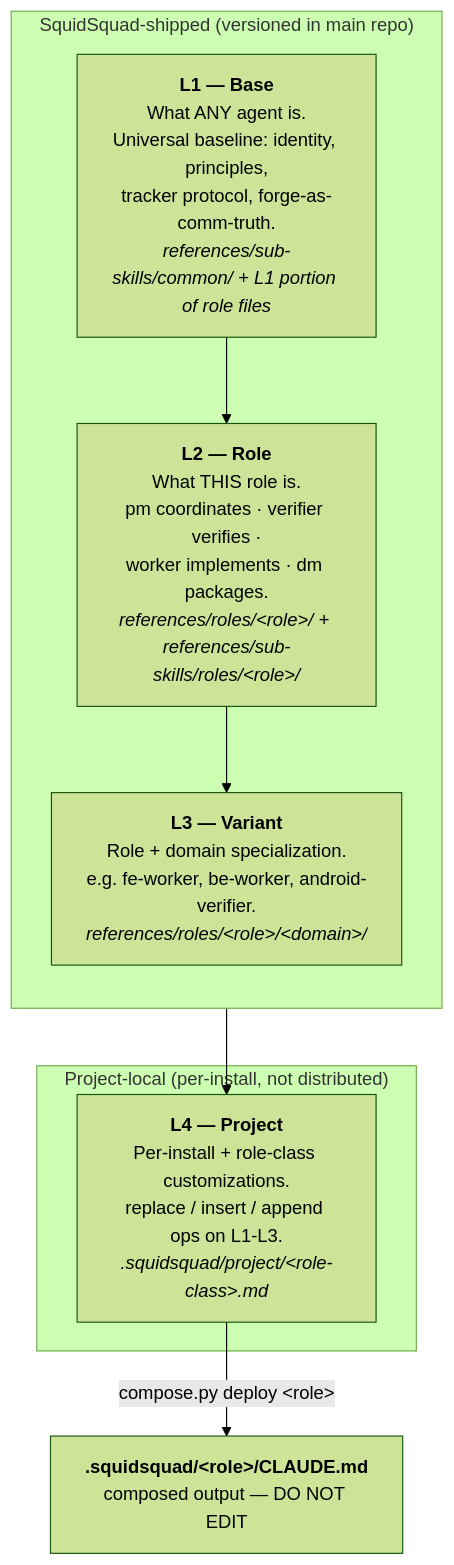
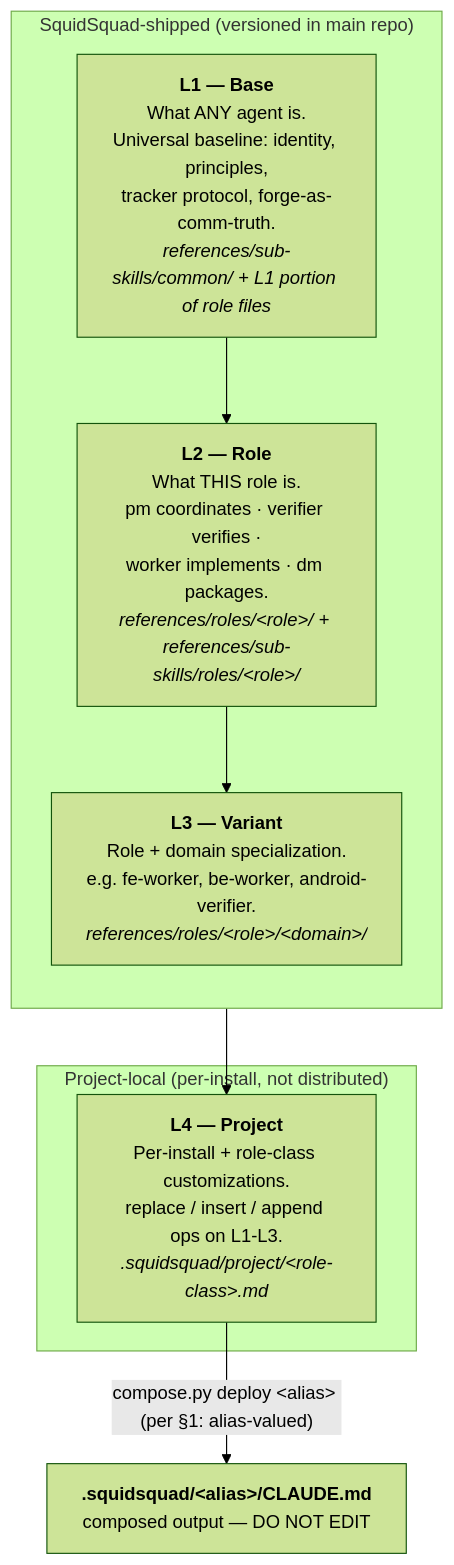
The second of 12 diagrams in docs/COMPOSE-ARCHITECTURE.md (WallyDoodlez/SquidSquad), drawn with Mermaid (forest theme) before and after one commit. The commit also changed other lines of this file, not shown here.

````diff
--- a/docs/COMPOSE-ARCHITECTURE.md
+++ b/docs/COMPOSE-ARCHITECTURE.md
@@ -112,15 +112,15 @@
 ```mermaid
 flowchart TB
   subgraph SHIP["SquidSquad-shipped (versioned in main repo)"]
     direction TB
     L1["<b>L1 — Base</b><br/>What ANY agent is.<br/>Universal baseline: identity, principles,<br/>tracker protocol, forge-as-comm-truth.<br/><i>references/sub-skills/common/ + L1 portion of role files</i>"]
     L2["<b>L2 — Role</b><br/>What THIS role is.<br/>pm coordinates · verifier verifies ·<br/>worker implements · dm packages.<br/><i>references/roles/&lt;role&gt;/ + references/sub-skills/roles/&lt;role&gt;/</i>"]
     L3["<b>L3 — Variant</b><br/>Role + domain specialization.<br/>e.g. fe-worker, be-worker, android-verifier.<br/><i>references/roles/&lt;role&gt;/&lt;domain&gt;/</i>"]
     L1 --> L2 --> L3
   end
   subgraph LOCAL["Project-local (per-install, not distributed)"]
     L4["<b>L4 — Project</b><br/>Per-install + role-class customizations.<br/>replace / insert / append ops on L1-L3.<br/><i>.squidsquad/project/&lt;role-class&gt;.md</i>"]
   end
   L3 --> L4
-  L4 -->|"compose.py deploy &lt;role&gt;"| OUT["<b>.squidsquad/&lt;role&gt;/CLAUDE.md</b><br/>composed output — DO NOT EDIT"]
+  L4 -->|"compose.py deploy &lt;alias&gt; (per §1: alias-valued)"| OUT["<b>.squidsquad/&lt;alias&gt;/CLAUDE.md</b><br/>composed output — DO NOT EDIT"]
 ```
````
